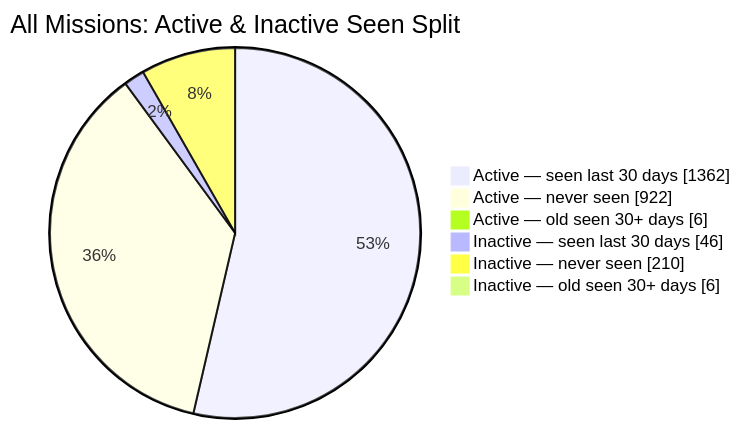
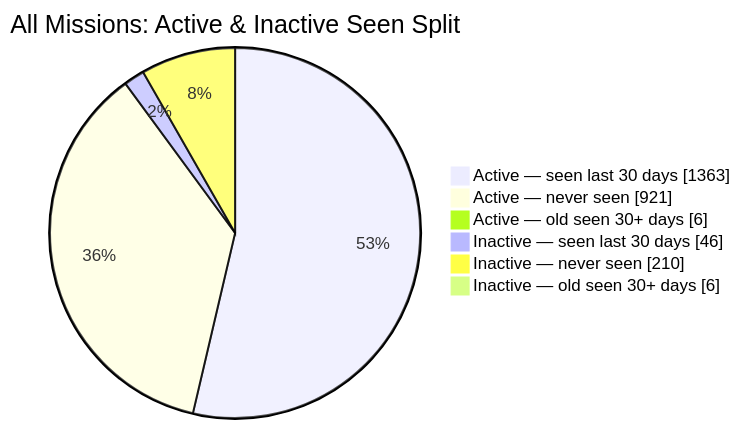
Before and after one commit to MeldkamerspelGameTeam/active-missions: the second of 2 diagrams in README.md, drawn with Mermaid. The commit also changed other lines of this file and 3 other files, not shown here.

````diff
--- a/README.md
+++ b/README.md
@@ -44,10 +44,10 @@
 ```mermaid
 pie showData
     title All Missions: Active & Inactive Seen Split
-    "Active — seen last 30 days" : 1362
-    "Active — never seen" : 922
+    "Active — seen last 30 days" : 1363
+    "Active — never seen" : 921
     "Active — old seen 30+ days" : 6
     "Inactive — seen last 30 days" : 46
     "Inactive — never seen" : 210
     "Inactive — old seen 30+ days" : 6
 ```
````
